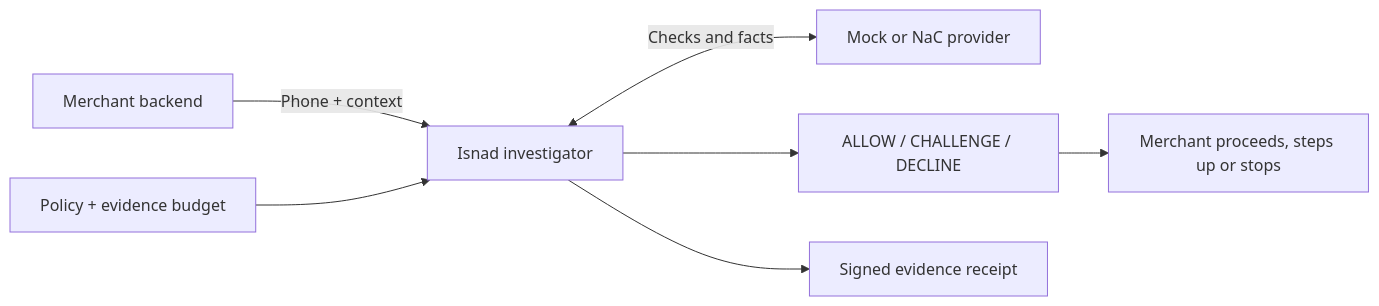
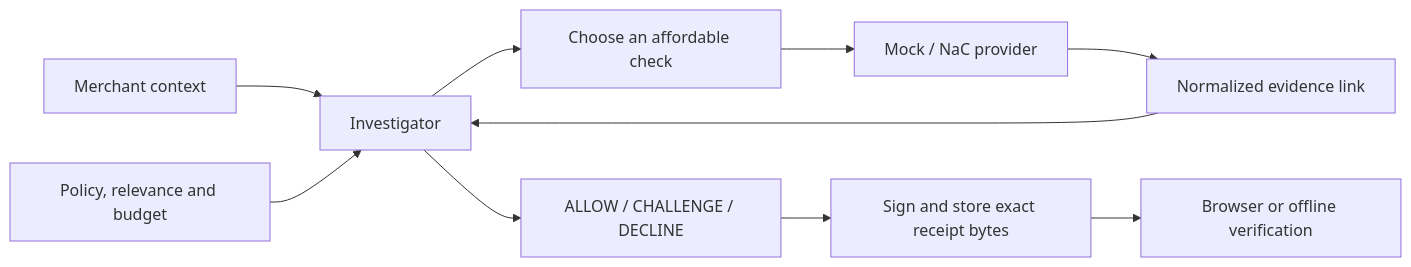
Before and after one commit to AhmadShadeed32/isnad: the diagram in README.md, drawn with Mermaid. The commit also changed other lines of this file and 33 other files, not shown here.

Commit message:
Fix merchant flow retention, recovery and packaging; refresh hackathon guide

````diff
--- a/README.md
+++ b/README.md
@@ -82,9 +126,12 @@
 ```mermaid
 flowchart LR
-    M["Merchant backend"] -->|"Phone + context"| I["Isnad investigator"]
-    P["Policy + evidence budget"] --> I
-    I <-->|"Checks and facts"| N["Mock or NaC provider"]
-    I --> D["ALLOW / CHALLENGE / DECLINE"]
-    I --> R["Signed evidence receipt"]
-    D --> A["Merchant proceeds, steps up or stops"]
+    M[Merchant context] --> I[Investigator]
+    P[Policy, relevance and budget] --> I
+    I --> Q[Choose an affordable check]
+    Q --> N[Mock / NaC provider]
+    N --> E[Normalized evidence link]
+    E --> I
+    I --> D[ALLOW / CHALLENGE / DECLINE]
+    D --> R[Sign and store exact receipt bytes]
+    R --> V[Browser or offline verification]
 ```
````
